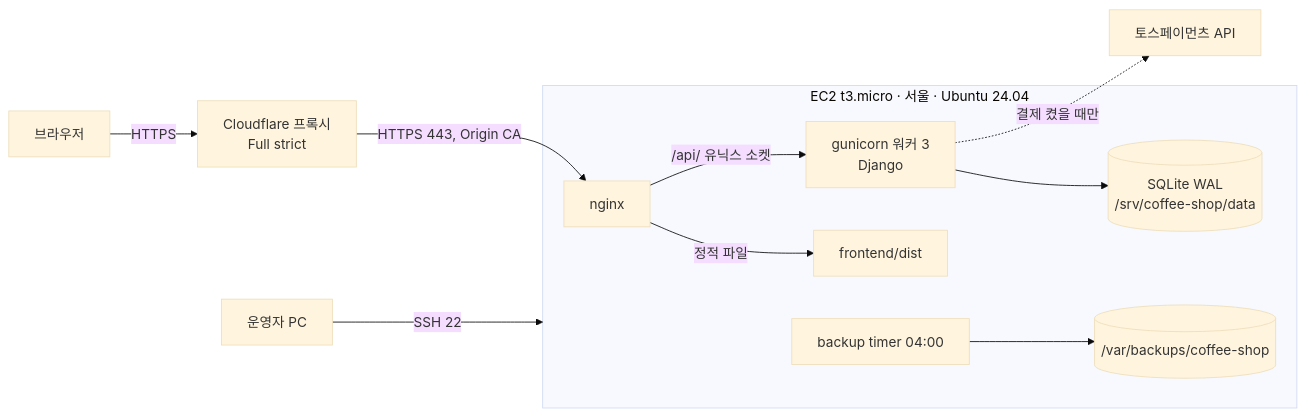
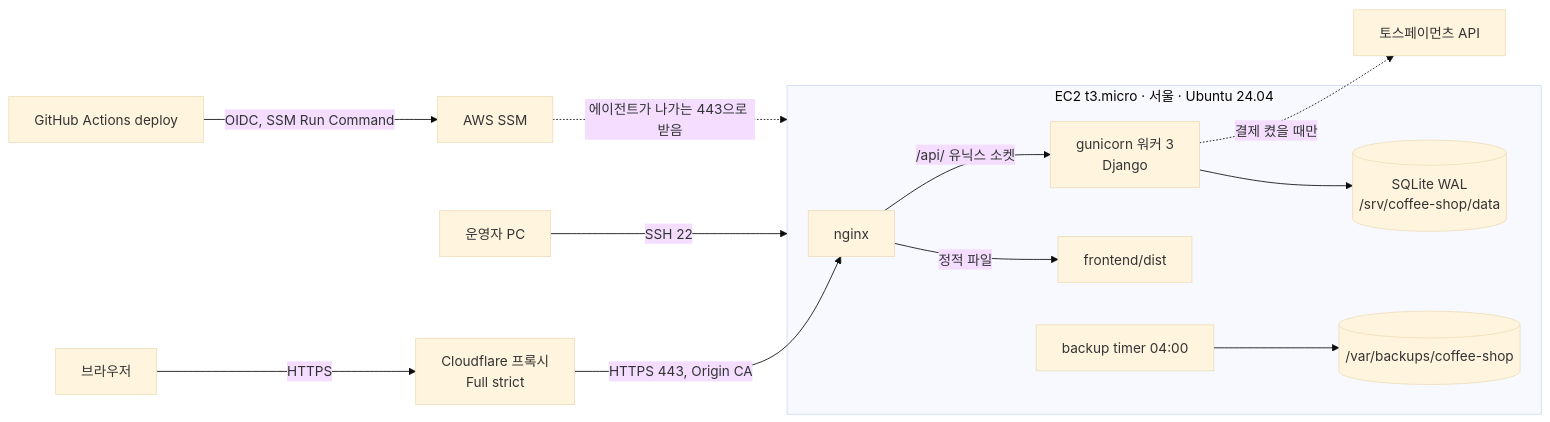
The diagram in docs/specs/sip/1-environments.md (seren-wib/coffee-shop), drawn with Mermaid (base theme) before and after one commit. The commit also changed other lines of this file and 30 other files, not shown here.

````diff
--- a/docs/specs/sip/1-environments.md
+++ b/docs/specs/sip/1-environments.md
@@ -3,13 +3,15 @@
 ```mermaid
 flowchart LR
   user[브라우저] -->|HTTPS| cf[Cloudflare 프록시<br>Full strict]
   cf -->|HTTPS 443, Origin CA| nginx
   op[운영자 PC] -->|SSH 22| ec2
+  gha[GitHub Actions deploy] -->|OIDC, SSM Run Command| ssm[AWS SSM]
+  ssm -.->|에이전트가 나가는 443으로 받음| ec2
   subgraph ec2[EC2 t3.micro · 서울 · Ubuntu 24.04]
     nginx[nginx] -->|정적 파일| dist[frontend/dist]
     nginx -->|/api/ 유닉스 소켓| guni[gunicorn 워커 3<br>Django]
     guni --> db[(SQLite WAL<br>/srv/coffee-shop/data)]
     timer[backup timer 04:00] --> bk[(/var/backups/coffee-shop)]
   end
   guni -.->|결제 켰을 때만| toss[토스페이먼츠 API]
 ```
````
